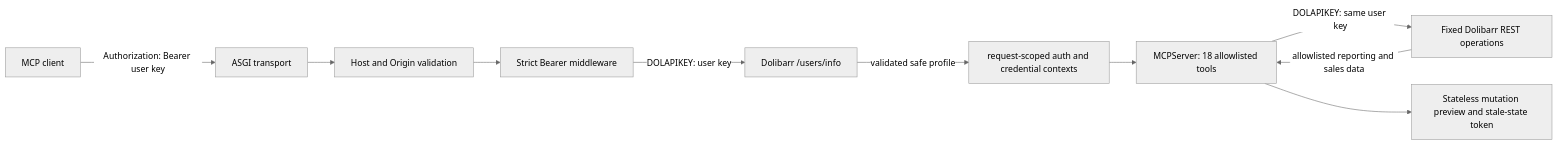
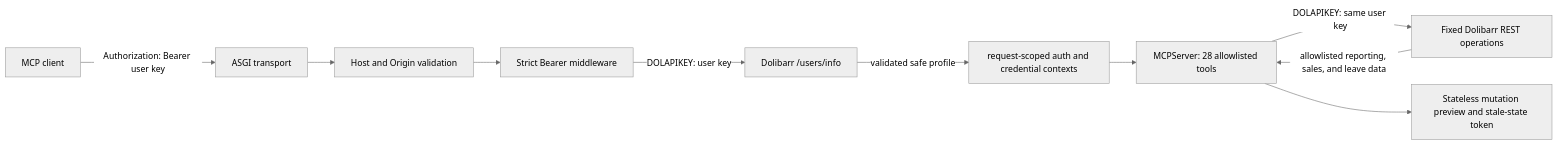
One commit to TestMasterAmberteam/dolibarr-mcp-server changed the diagram in README.md. Above: the diagram before and after it, drawn with Mermaid (neutral theme). The commit also changed other lines of this file and 21 other files, not shown here.

````diff
--- a/README.md
+++ b/README.md
@@ -29,12 +31,12 @@
 ```mermaid
 flowchart LR
     C[MCP client] -->|Authorization: Bearer user key| A[ASGI transport]
     A --> H[Host and Origin validation]
     H --> B[Strict Bearer middleware]
     B -->|DOLAPIKEY: user key| D[Dolibarr /users/info]
     D -->|validated safe profile| X[request-scoped auth and credential contexts]
-    X --> M[MCPServer: 18 allowlisted tools]
+    X --> M[MCPServer: 28 allowlisted tools]
     M -->|DOLAPIKEY: same user key| R[Fixed Dolibarr REST operations]
-    R -->|allowlisted reporting and sales data| M
+    R -->|allowlisted reporting, sales, and leave data| M
     M --> P[Stateless mutation preview and stale-state token]
 ```
````
